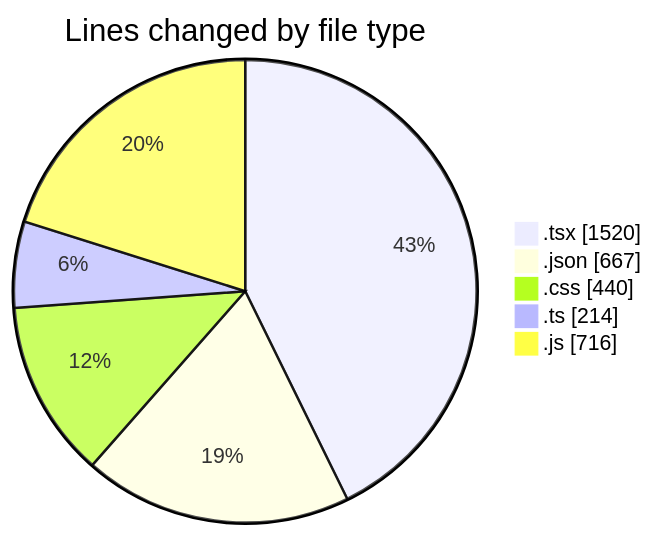
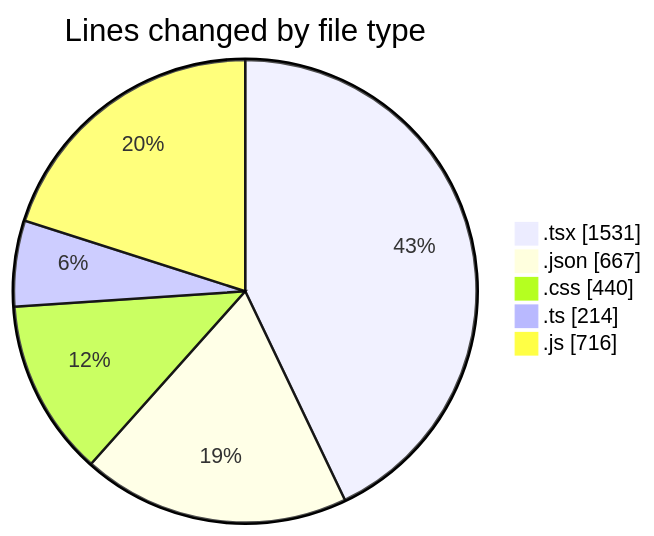
The first of 2 diagrams in 2025-05-04/niten/README.md (Elitesun/code-tracking), drawn with Mermaid before and after one commit. The commit also changed other lines of this file and 1 other file, not shown here.

````diff
--- a/2025-05-04/niten/README.md
+++ b/2025-05-04/niten/README.md
@@ -50,9 +50,9 @@
 ```mermaid
 pie showData
 title Lines changed by file type
-".tsx" : 1520
+".tsx" : 1531
 ".json" : 667
 ".css" : 440
 ".ts" : 214
 ".js" : 716
 ```
````
